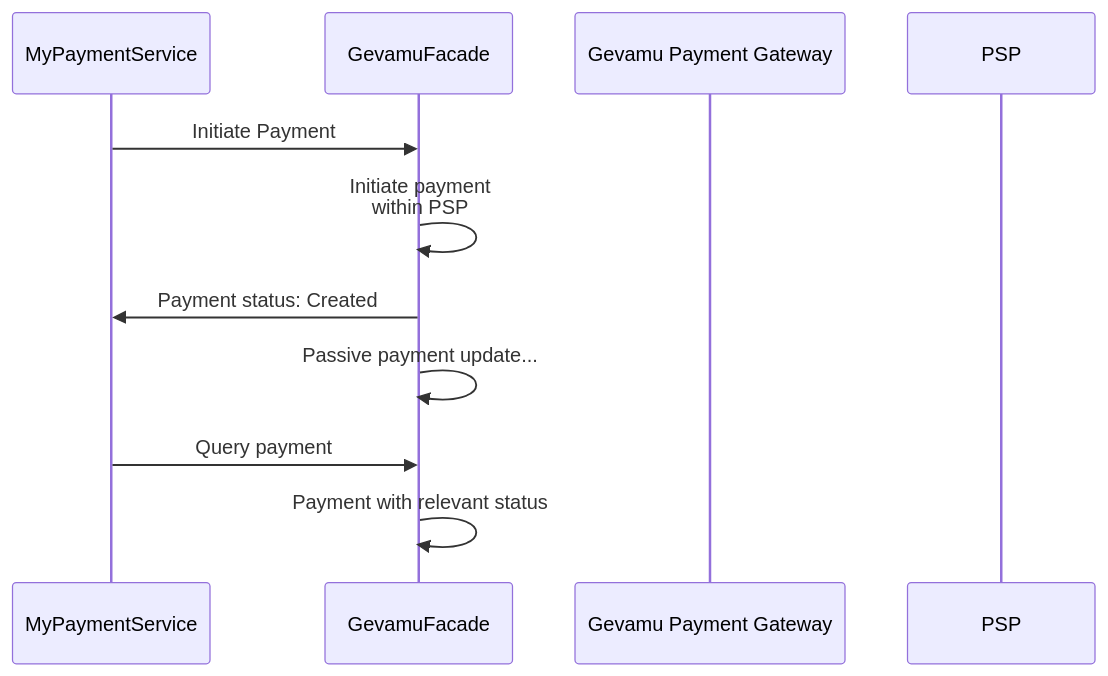
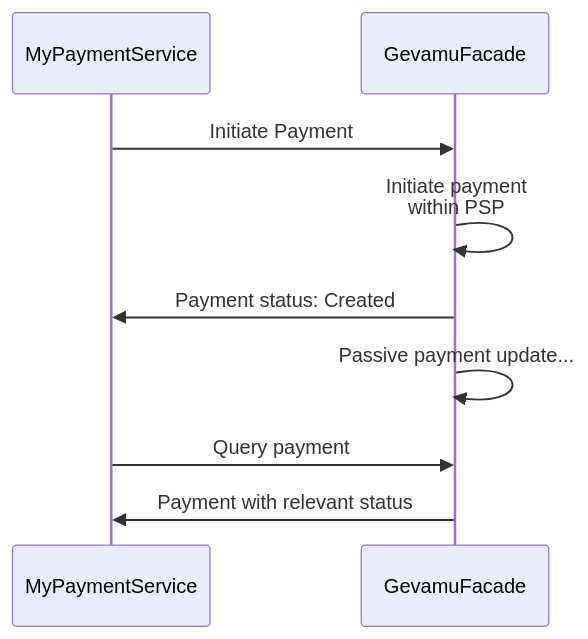
One commit to gevamu/gevamu.github.io changed the second of 3 diagrams in content/4.examples/send-payment.draft.md. Above: the diagram before and after it, drawn with Mermaid. The commit also changed other lines of this file, not shown here.

````diff
--- a/content/4.examples/send-payment.draft.md
+++ b/content/4.examples/send-payment.draft.md
@@ -47,17 +53,14 @@
 ```mermaid
 
 sequenceDiagram
   participant CA as MyPaymentService
   participant PCD as GevamuFacade
-  participant GPG as Gevamu Payment Gateway
-  participant PSP
-
 
   CA->>PCD: Initiate Payment
   PCD->>PCD: Initiate payment <br/> within PSP
   PCD->>CA: Payment status: Created
   PCD->>PCD: Passive payment update...
   CA->>PCD: Query payment
-  PCD->>PCD: Payment with relevant status
+  PCD->>CA: Payment with relevant status
 
 ```
````
